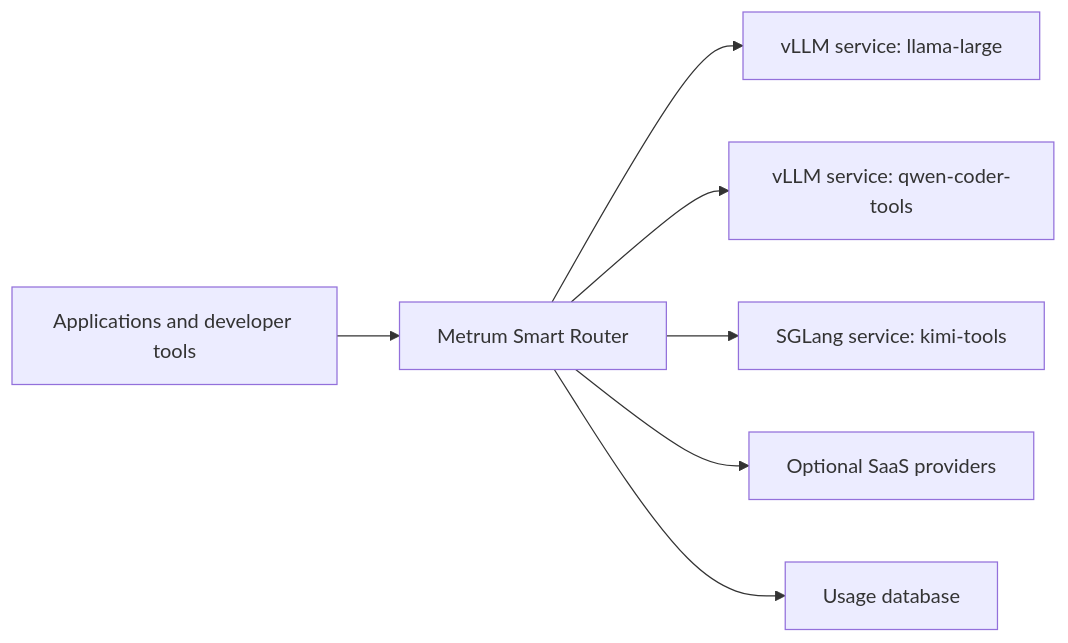
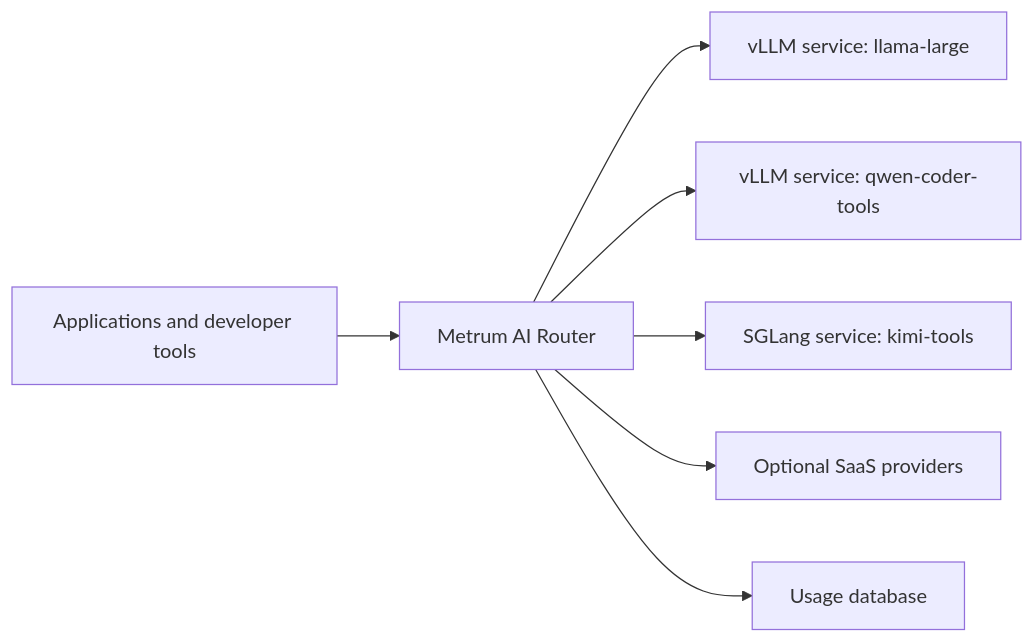
The diagram in docs-site/docs/configuration/self-hosted-upstreams.md (Metrum-AI-Products/genai-smart-router), drawn with Mermaid before and after one commit. The commit also changed other lines of this file and 92 other files, not shown here.

First line of the commit message:
docs: converge product name on Metrum AI Router (#120)

````diff
--- a/docs-site/docs/configuration/self-hosted-upstreams.md
+++ b/docs-site/docs/configuration/self-hosted-upstreams.md
@@ -20,9 +20,9 @@
 ```mermaid
 flowchart LR
-  App[Applications and developer tools] --> Router[Metrum Smart Router]
+  App[Applications and developer tools] --> Router[Metrum AI Router]
   Router --> VL1[vLLM service: llama-large]
   Router --> VL2[vLLM service: qwen-coder-tools]
   Router --> SG1[SGLang service: kimi-tools]
   Router --> SaaS[Optional SaaS providers]
   Router --> DB[Usage database]
 ```
````
